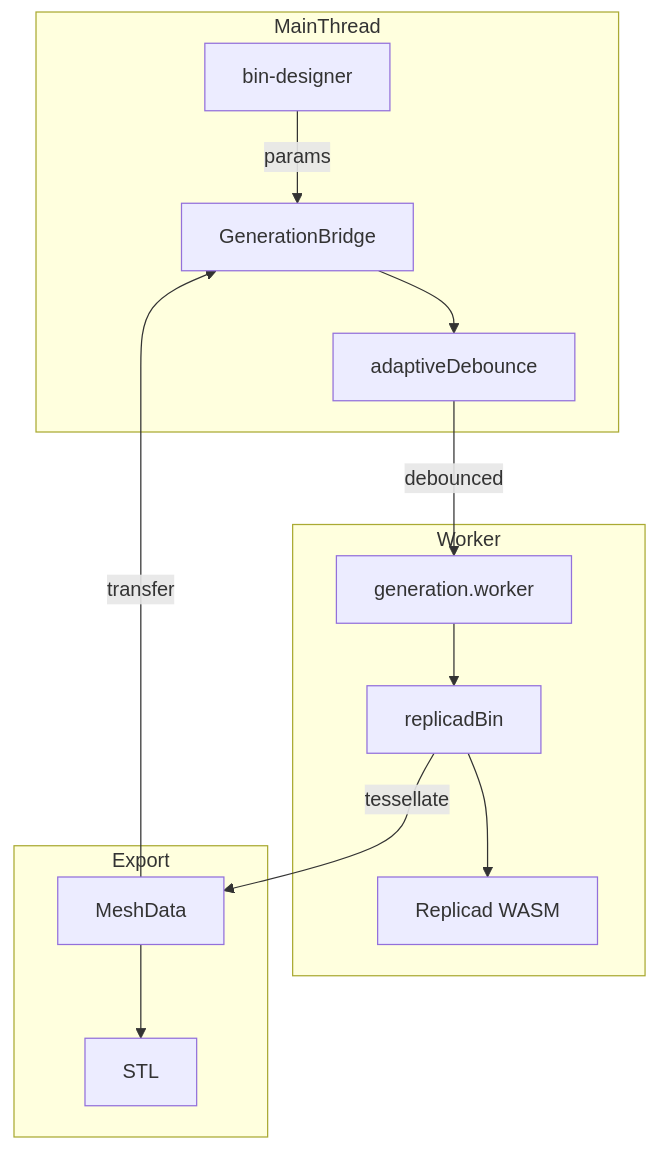
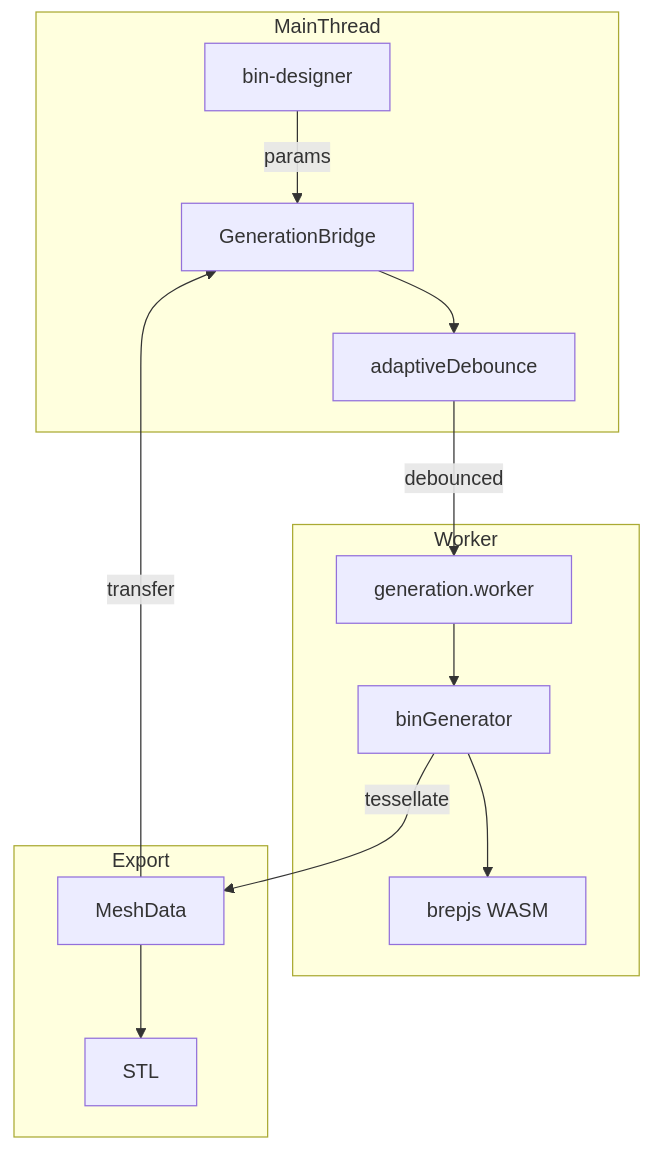
The diagram in src/features/generation/README.md (andymai/gridfinity-layout-tool), drawn with Mermaid before and after one commit. The commit also changed other lines of this file and 5 other files, not shown here.

First line of the commit message:
refactor: rename replicadBin to binGenerator

````diff
--- a/src/features/generation/README.md
+++ b/src/features/generation/README.md
@@ -5,16 +5,16 @@
 ```mermaid
 graph TB
     subgraph MainThread
         BD[bin-designer] -->|params| GB[GenerationBridge]
         GB --> AD[adaptiveDebounce]
     end
     subgraph Worker
         AD -->|debounced| GW[generation.worker]
-        GW --> RB[replicadBin]
-        RB --> WASM[Replicad WASM]
+        GW --> BG[binGenerator]
+        BG --> WASM[brepjs WASM]
     end
     subgraph Export
         MD[MeshData] --> STL
     end
-    RB -->|tessellate| MD -->|transfer| GB
+    BG -->|tessellate| MD -->|transfer| GB
 ```
````
